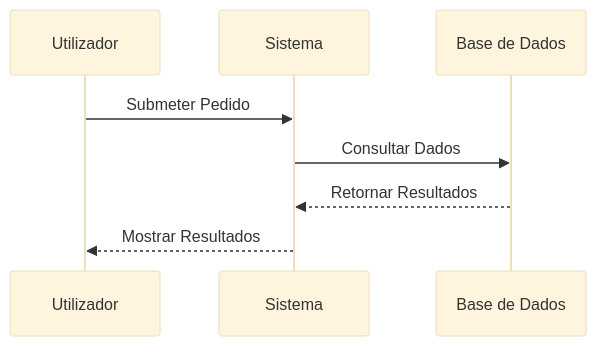
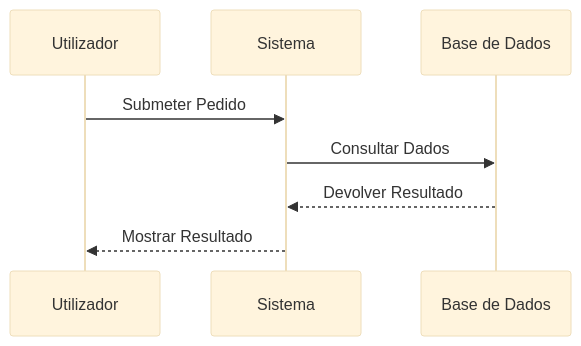
Before and after one commit to zccz14/CZON: the second of 7 diagrams in .czon/src/pt-PT/8938d6aac9c056c06137a041b8e82379bfb619bb6d435b9ecec515337dd0cd69.md, drawn with Mermaid (base theme). The commit also changed other lines of this file and 148 other files, not shown here.

````diff
--- a/.czon/src/pt-PT/8938d6aac9c056c06137a041b8e82379bfb619bb6d435b9ecec515337dd0cd69.md
+++ b/.czon/src/pt-PT/8938d6aac9c056c06137a041b8e82379bfb619bb6d435b9ecec515337dd0cd69.md
@@ -38,11 +37,11 @@
 ```mermaid
 sequenceDiagram
     participant Utilizador
     participant Sistema
     participant Base de Dados
 
     Utilizador->>Sistema: Submeter Pedido
     Sistema->>Base de Dados: Consultar Dados
-    Base de Dados-->>Sistema: Retornar Resultados
-    Sistema-->>Utilizador: Mostrar Resultados
+    Base de Dados-->>Sistema: Devolver Resultado
+    Sistema-->>Utilizador: Mostrar Resultado
 ```
````
